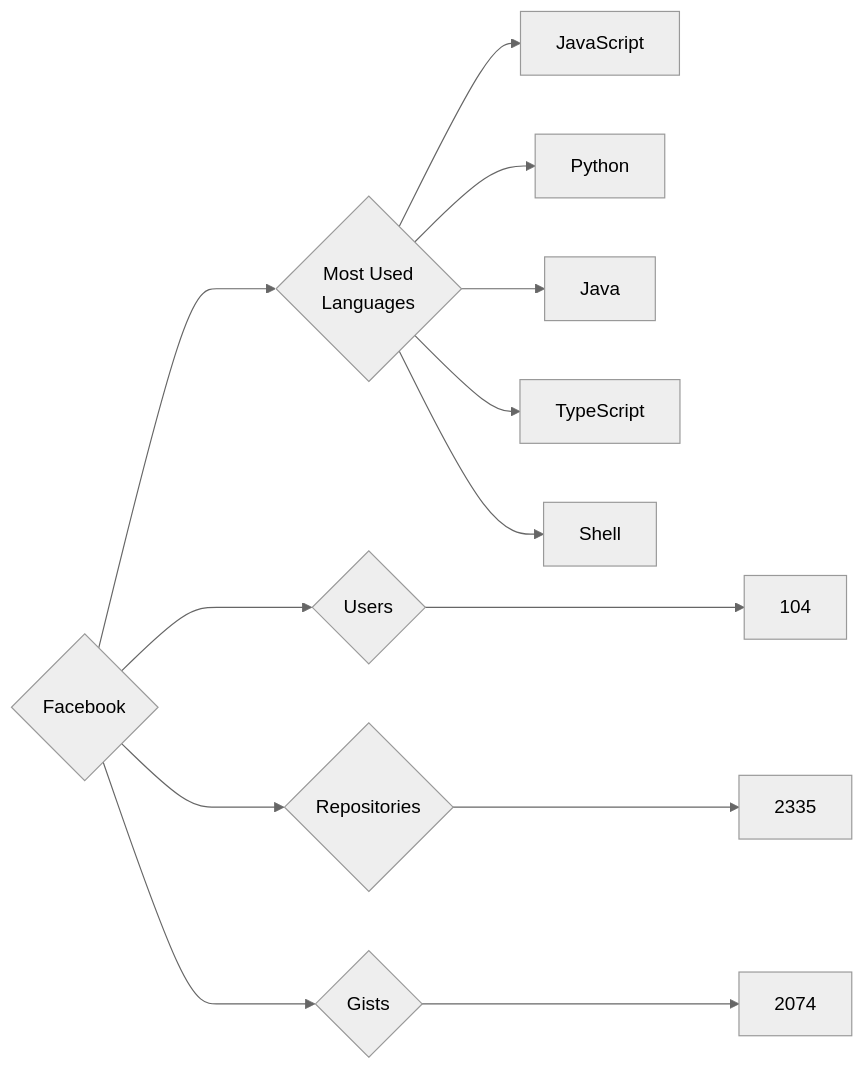
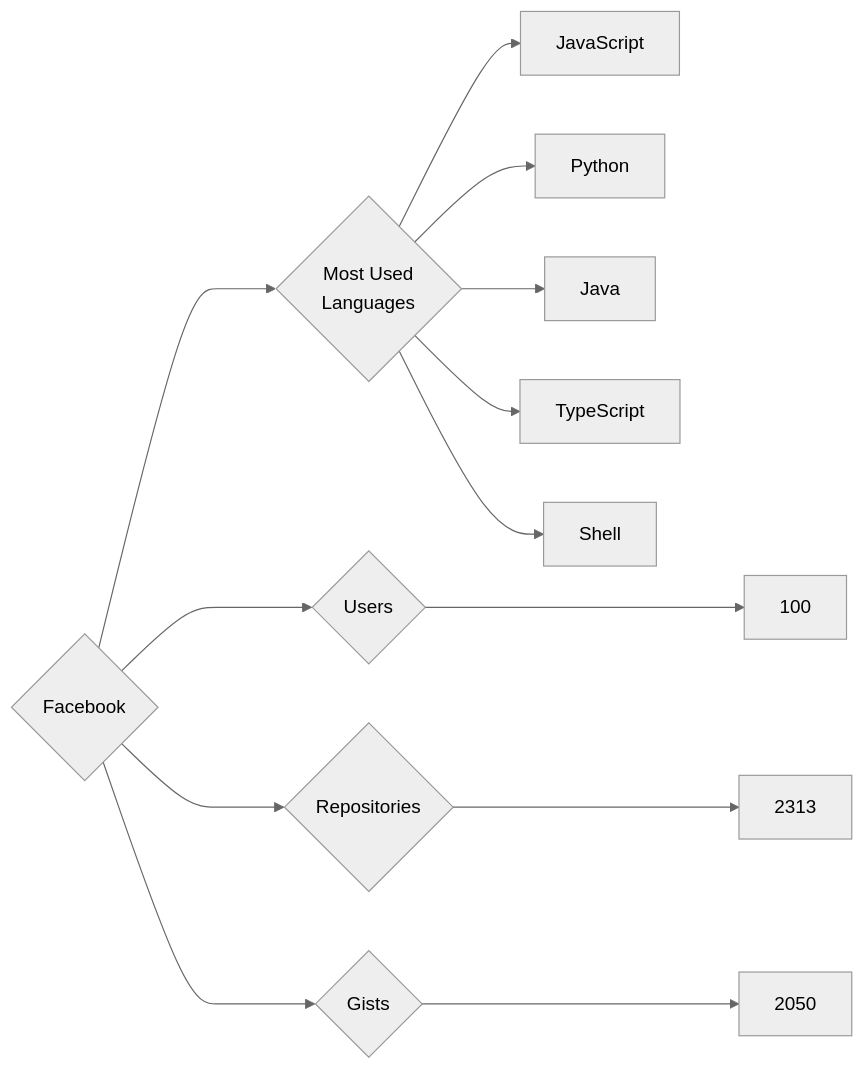
One commit to trickest/insiders changed the diagram in targets/Facebook/README.md. Above: the diagram before and after it, drawn with Mermaid (neutral theme). The commit also changed 998 other files, not shown here.

````diff
--- a/targets/Facebook/README.md
+++ b/targets/Facebook/README.md
@@ -3,13 +3,13 @@
 ```mermaid
 graph LR
 COMPANY_NAME{Facebook}
-COMPANY_NAME ---> U{Users} ---> UN[104]
-COMPANY_NAME ---> R{Repositories} ---> RN[2335]
-COMPANY_NAME ---> G{Gists} ---> GN[2074]
+COMPANY_NAME ---> U{Users} ---> UN[100]
+COMPANY_NAME ---> R{Repositories} ---> RN[2313]
+COMPANY_NAME ---> G{Gists} ---> GN[2050]
 COMPANY_NAME ---> ML{Most Used<br>Languages}
 ML --> JavaScript[JavaScript]
 ML --> Python[Python]
 ML --> Java[Java]
 ML --> TypeScript[TypeScript]
 ML --> Shell[Shell]
 ```
````
